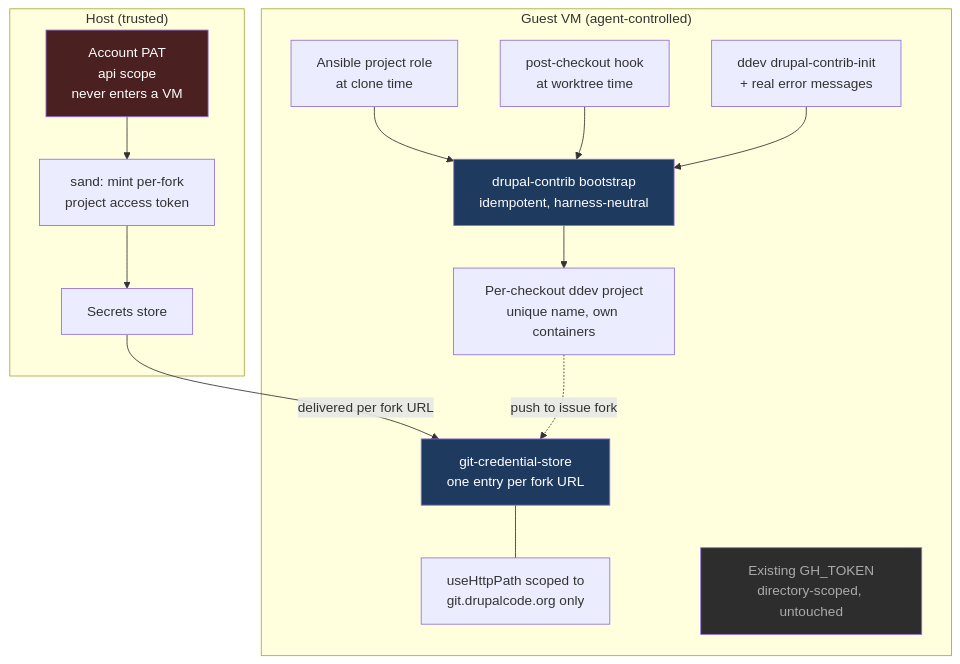
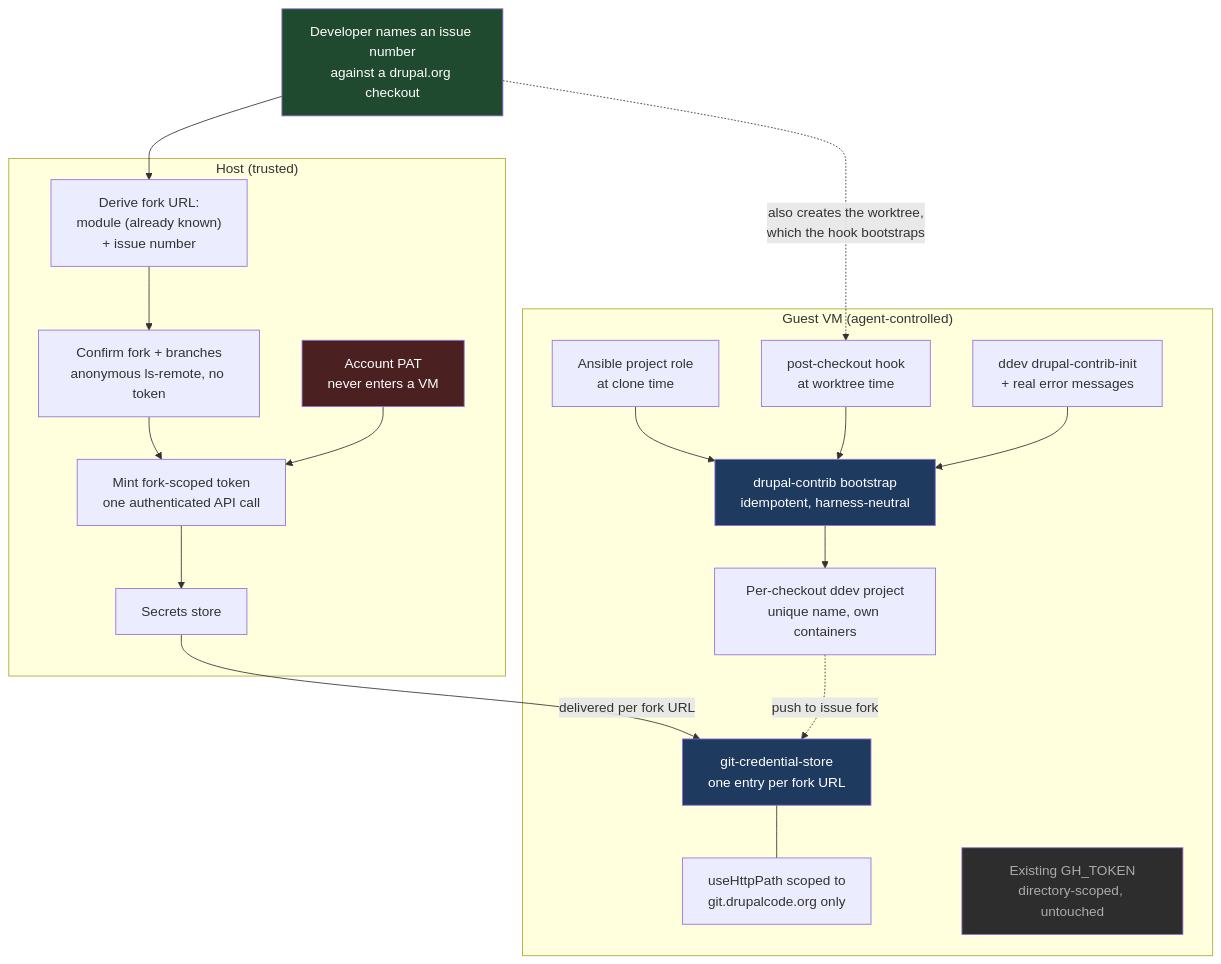
One commit to Lullabot/sandbar changed the diagram in .ai/strikethroo/plans/20--drupalorg-contribution-workflow/plan-20--drupalorg-contribution-workflow.md. Above: the diagram before and after it, drawn with Mermaid. The commit also changed other lines of this file, not shown here.

````diff
--- a/.ai/strikethroo/plans/20--drupalorg-contribution-workflow/plan-20--drupalorg-contribution-workflow.md
+++ b/.ai/strikethroo/plans/20--drupalorg-contribution-workflow/plan-20--drupalorg-contribution-workflow.md
@@ -192,33 +255,42 @@
 ```mermaid
 graph TD
+    DEV["Developer names an issue number<br/>against a drupal.org checkout"]
+
     subgraph HOST["Host (trusted)"]
-        PAT["Account PAT<br/>api scope<br/>never enters a VM"]
-        MINT["sand: mint per-fork<br/>project access token"]
+        DERIVE["Derive fork URL:<br/>module (already known)<br/>+ issue number"]
+        VERIFY["Confirm fork + branches<br/>anonymous ls-remote, no token"]
+        PAT["Account PAT<br/>never enters a VM"]
+        MINT["Mint fork-scoped token<br/>one authenticated API call"]
         SEC["Secrets store"]
-        PAT --> MINT --> SEC
+        DERIVE --> VERIFY --> MINT --> SEC
+        PAT --> MINT
     end
+
+    DEV --> DERIVE
 
     subgraph GUEST["Guest VM (agent-controlled)"]
         CRED["git-credential-store<br/>one entry per fork URL"]
         HTTP["useHttpPath scoped to<br/>git.drupalcode.org only"]
         GH["Existing GH_TOKEN<br/>directory-scoped, untouched"]
         CRED --- HTTP
 
         BOOT["drupal-contrib bootstrap<br/>idempotent, harness-neutral"]
         T1["Ansible project role<br/>at clone time"]
         T2["post-checkout hook<br/>at worktree time"]
         T3["ddev drupal-contrib-init<br/>+ real error messages"]
         T1 --> BOOT
         T2 --> BOOT
         T3 --> BOOT
         BOOT --> PROJ["Per-checkout ddev project<br/>unique name, own containers"]
     end
 
     SEC -->|"delivered per fork URL"| CRED
+    DEV -.->|"also creates the worktree,<br/>which the hook bootstraps"| T2
     PROJ -.->|"push to issue fork"| CRED
 
+    style DEV fill:#1f4a2f,color:#fff
     style PAT fill:#4a2020,color:#fff
     style CRED fill:#1f3a5f,color:#fff
     style BOOT fill:#1f3a5f,color:#fff
     style GH fill:#2d2d2d,color:#aaa
 ```
````
